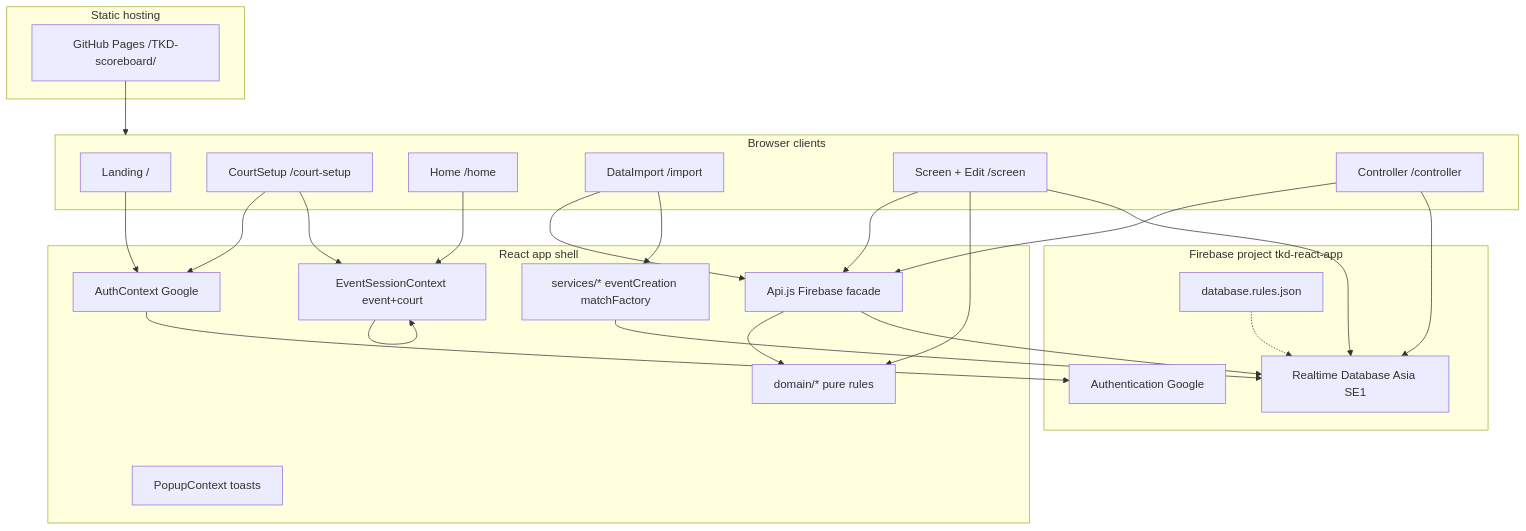
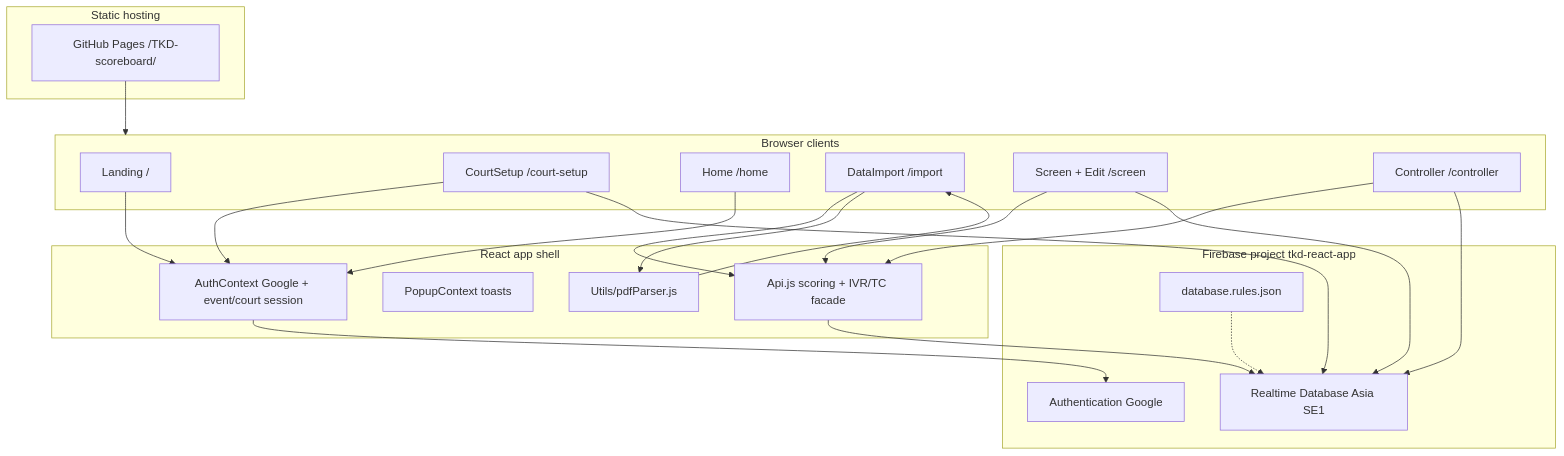
One commit to CY-Cheung/TKD-scoreboard changed the first of 3 diagrams in docs/2_System_Design.md. Above: the diagram before and after it, drawn with Mermaid. The commit also changed other lines of this file and 4 other files, not shown here.

First line of the commit message:
Align core docs with main-branch architecture.

````diff
--- a/docs/2_System_Design.md
+++ b/docs/2_System_Design.md
@@ -46,49 +48,44 @@
 ```mermaid
 flowchart TB
   subgraph Clients["Browser clients"]
     Landing["Landing /"]
     Setup["CourtSetup /court-setup"]
     Home["Home /home"]
     Import["DataImport /import"]
     Screen["Screen + Edit /screen"]
     Ctrl["Controller /controller"]
   end
 
   subgraph AppShell["React app shell"]
-    AuthCtx["AuthContext Google"]
-    EventCtx["EventSessionContext event+court"]
+    AuthCtx["AuthContext Google + event/court session"]
     PopupCtx["PopupContext toasts"]
-    Api["Api.js Firebase facade"]
-    Domain["domain/* pure rules"]
-    Services["services/* eventCreation matchFactory"]
+    Api["Api.js scoring + IVR/TC facade"]
+    Utils["Utils/pdfParser.js"]
   end
 
   subgraph Firebase["Firebase project tkd-react-app"]
     FAuth["Authentication Google"]
     RTDB["Realtime Database Asia SE1"]
     Rules["database.rules.json"]
   end
 
   subgraph Hosting["Static hosting"]
     GHP["GitHub Pages /TKD-scoreboard/"]
   end
 
   Landing --> AuthCtx
   Setup --> AuthCtx
-  Setup --> EventCtx
-  Home --> EventCtx
+  Home --> AuthCtx
   Import --> Api
-  Import --> Services
+  Import --> Utils
   Screen --> Api
-  Screen --> Domain
   Ctrl --> Api
-  Api --> Domain
-  Services --> RTDB
   Api --> RTDB
+  Utils --> Import
   AuthCtx --> FAuth
-  EventCtx --> EventCtx
   Ctrl --> RTDB
   Screen --> RTDB
+  Setup --> RTDB
   Rules -.-> RTDB
   GHP --> Clients
 ```
````
